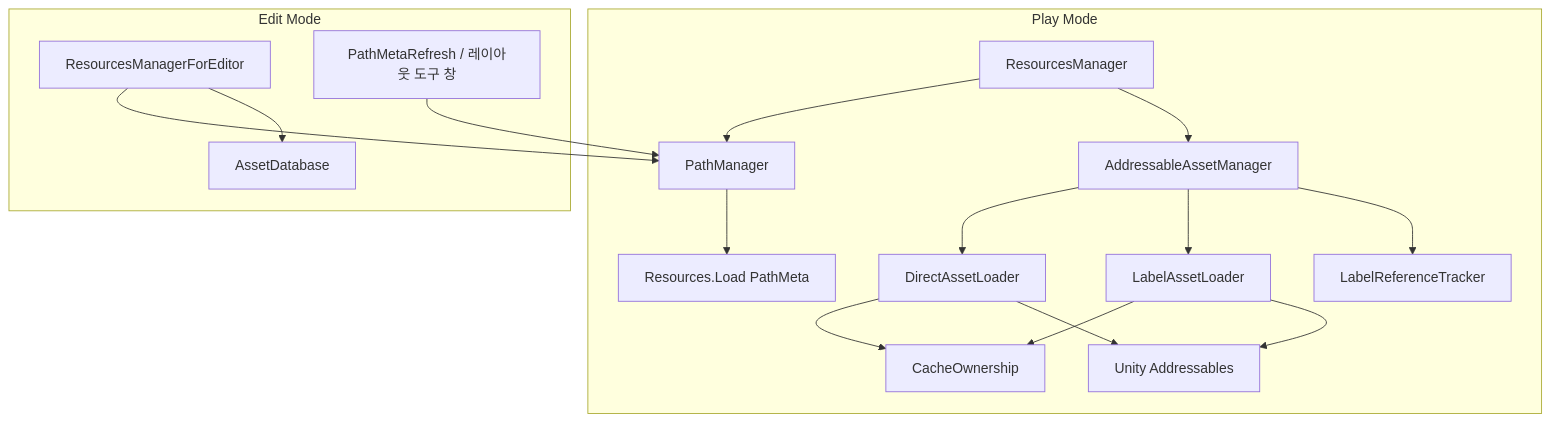
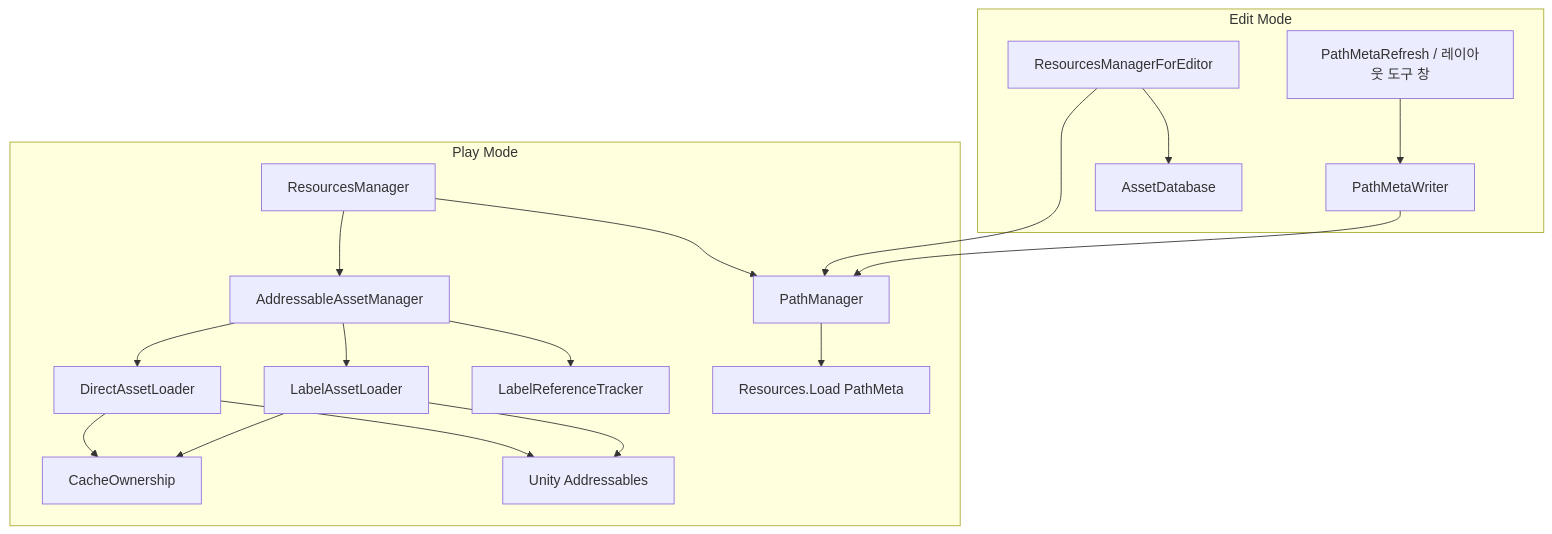
Before and after one commit to monet5379/unity-addressable: the diagram in docs/architecture/Architecture_AddressableLayout.md, drawn with Mermaid. The commit also changed other lines of this file and 15 other files, not shown here.

First line of the commit message:
refactor(editor): PathMetaWriter로 PathMeta 갱신 분리 (#9)

````diff
--- a/docs/architecture/Architecture_AddressableLayout.md
+++ b/docs/architecture/Architecture_AddressableLayout.md
@@ -80,29 +81,31 @@
 ```mermaid
 flowchart TB
     subgraph play [Play Mode]
         RM[ResourcesManager]
         PM[PathManager]
         AAM[AddressableAssetManager]
         Direct[DirectAssetLoader]
         Labels[LabelAssetLoader]
         Refs[LabelReferenceTracker]
         RM --> PM
         RM --> AAM
         AAM --> Direct
         AAM --> Labels
         AAM --> Refs
         Direct --> CO[CacheOwnership]
         Labels --> CO
         Direct --> Addr[Unity Addressables]
         Labels --> Addr
         PM --> ResLoad[Resources.Load PathMeta]
     end
 
     subgraph edit [Edit Mode]
         RME[ResourcesManagerForEditor]
         Refresh[PathMetaRefresh / 레이아웃 도구 창]
+        PMW[PathMetaWriter]
         RME --> PM
         RME --> ADB[AssetDatabase]
-        Refresh --> PM
+        Refresh --> PMW
+        PMW --> PM
     end
 ```
````
